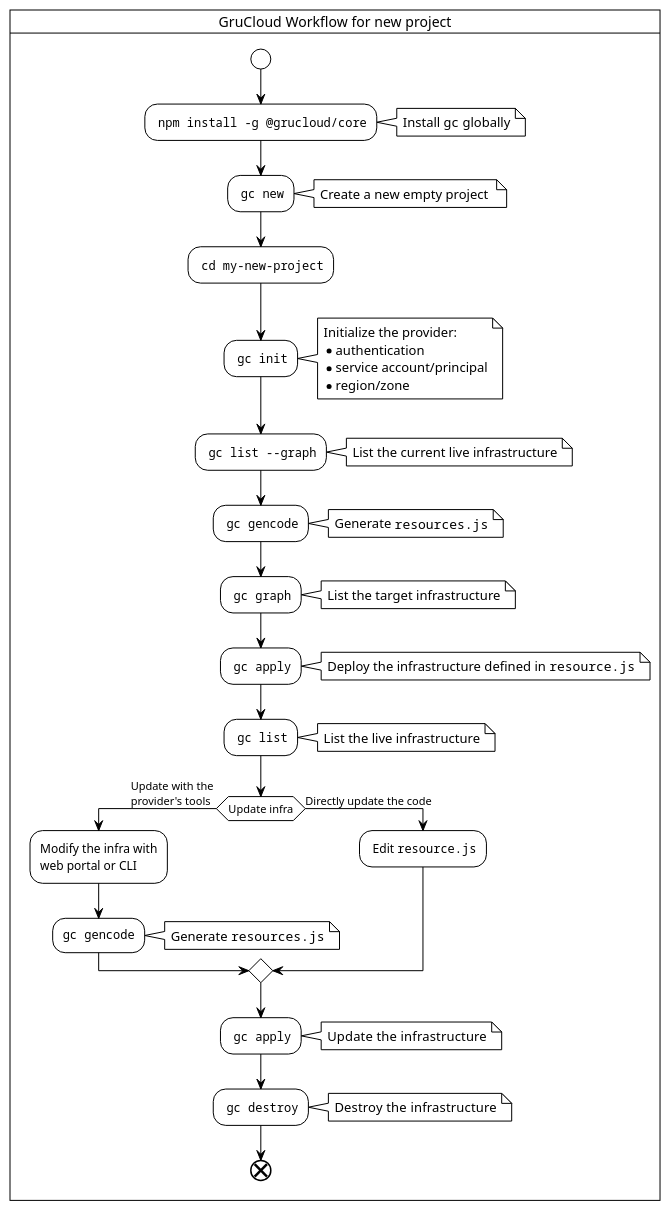
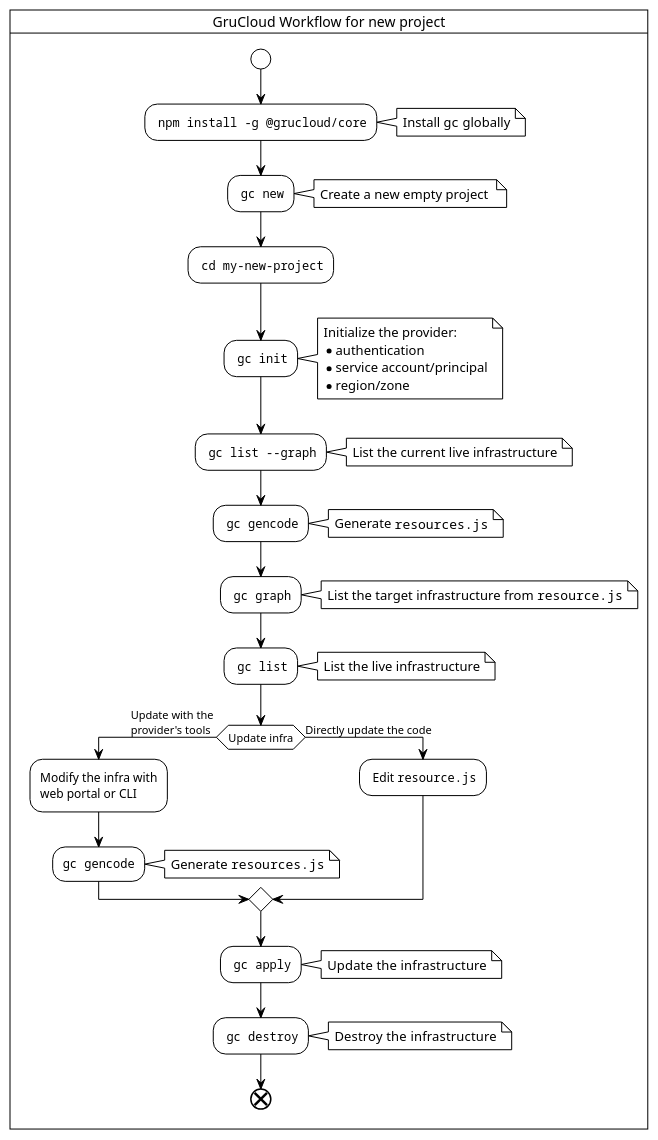
Before and after one commit to grucloud/grucloud: the diagram in docusaurus/plantuml/gc-new-workflow.puml, drawn with PlantUML. The commit also changed 2 other files, not shown here.

Commit message:
aws getting started flowchart

```diff
--- a/docusaurus/plantuml/gc-new-workflow.puml
+++ b/docusaurus/plantuml/gc-new-workflow.puml
@@ -1,67 +1,63 @@
 @startuml gc-new-workflow
 !theme plain
 
 skinparam svgLinkTarget _blank
 
 card "GruCloud Workflow for new project" {
 start
 : ""npm install -g @grucloud/core"";
 note right
 Install ""gc"" globally
 end note 
 
 : ""gc new"";
     note right
     Create a new empty project 
   end note 
 : ""cd my-new-project"";
 : ""gc init"";
 note right
 Initialize the provider:
 * authentication
 * service account/principal
 * region/zone
 end note 
 : ""gc list --graph"";
 note right
 List the current live infrastructure
 end note 
 : ""gc gencode"";
   note right
     Generate ""resources.js""
   end note 
 
 : ""gc graph"";
 note right
-List the target infrastructure
+List the target infrastructure from ""resource.js""
 end note 
 
-: ""gc apply"";
-note right
-Deploy the infrastructure defined in ""resource.js""
-end note 
 : ""gc list"";
 note right
 List the live infrastructure
 end note 
 if (Update infra) then (Update with the \nprovider's tools)
   :Modify the infra with\nweb portal or CLI;
   :""gc gencode"";
   note right
 Generate ""resources.js""
 end note 
 else (Directly update the code)
   : Edit ""resource.js"";
 endif
 : ""gc apply"";
 note right
 Update  the infrastructure
 end note 
 : ""gc destroy"";
 note right
 Destroy  the infrastructure
 end note 
 end
 
 }
 @enduml
```
